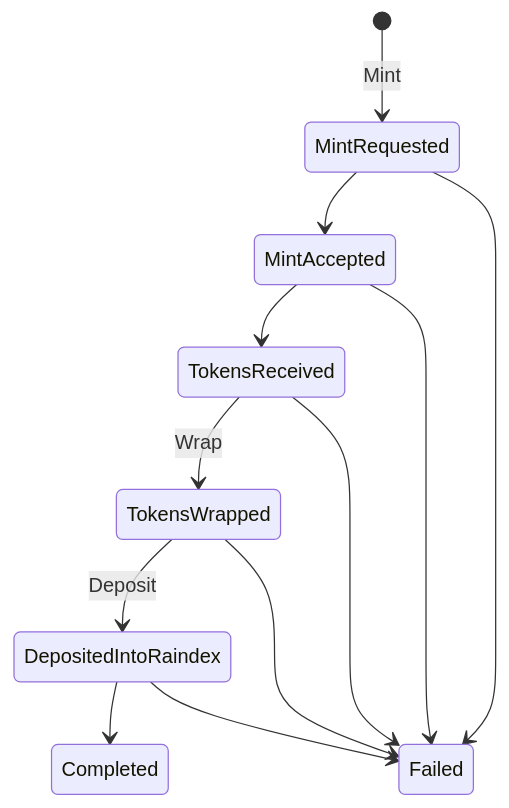
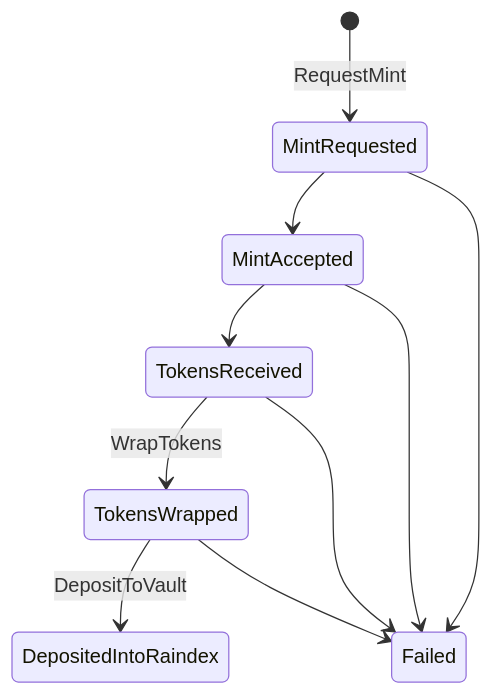
Before and after one commit to ST0x-Technology/st0x.liquidity: the second of 5 diagrams in SPEC.md, drawn with Mermaid. The commit also changed other lines of this file and 12 other files, not shown here.

````diff
--- a/SPEC.md
+++ b/SPEC.md
@@ -1214,14 +1214,12 @@
 ```mermaid
 stateDiagram-v2
-    [*] --> MintRequested: Mint
+    [*] --> MintRequested: RequestMint
     MintRequested --> MintAccepted
     MintRequested --> Failed
     MintAccepted --> TokensReceived
     MintAccepted --> Failed
-    TokensReceived --> TokensWrapped: Wrap
+    TokensReceived --> TokensWrapped: WrapTokens
     TokensReceived --> Failed
-    TokensWrapped --> DepositedIntoRaindex: Deposit
+    TokensWrapped --> DepositedIntoRaindex: DepositToVault
     TokensWrapped --> Failed
-    DepositedIntoRaindex --> Completed
-    DepositedIntoRaindex --> Failed
 ```
````
